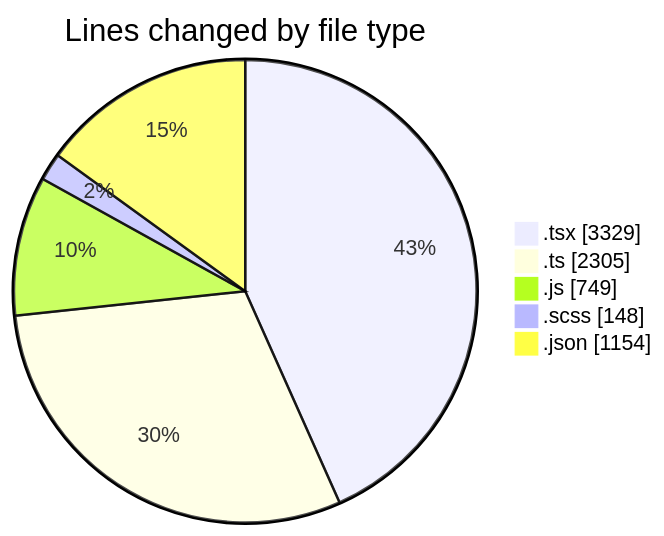
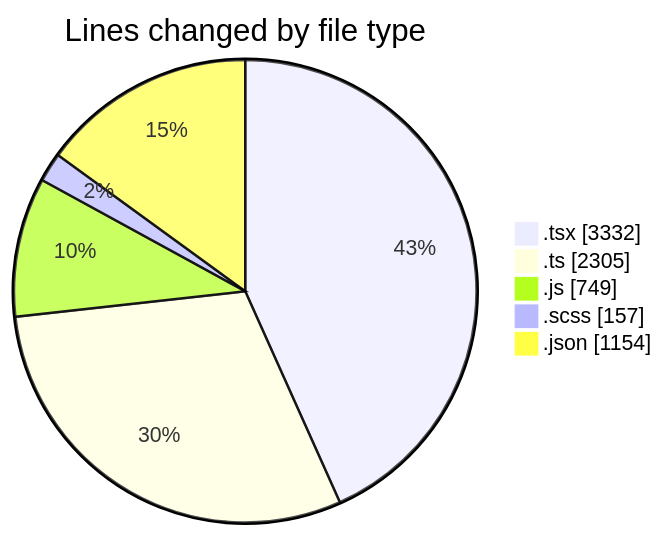
One commit to momahboobian/code-tracking changed the first of 2 diagrams in 2026-06-15/cda/README.md. Above: the diagram before and after it, drawn with Mermaid. The commit also changed other lines of this file and 1 other file, not shown here.

````diff
--- a/2026-06-15/cda/README.md
+++ b/2026-06-15/cda/README.md
@@ -63,9 +63,9 @@
 ```mermaid
 pie showData
 title Lines changed by file type
-".tsx" : 3329
+".tsx" : 3332
 ".ts" : 2305
 ".js" : 749
-".scss" : 148
+".scss" : 157
 ".json" : 1154
 ```
````
